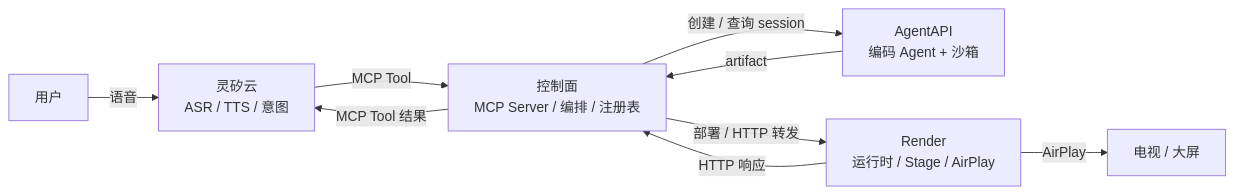
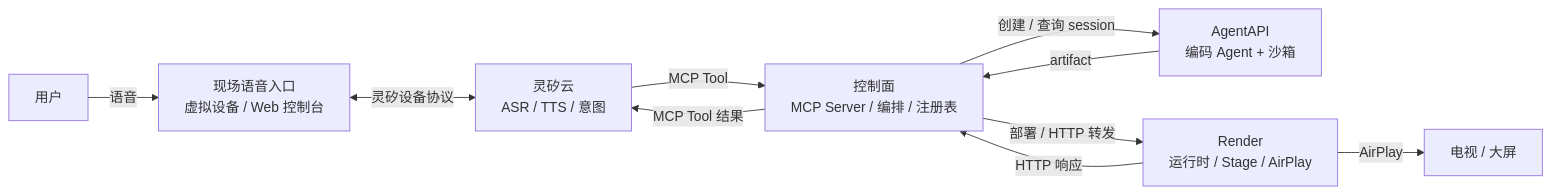
Before and after one commit to open-anywhere/open-anywhere: the first of 3 diagrams in docs/architecture.md, drawn with Mermaid. The commit also changed other lines of this file, not shown here.

First line of the commit message:
docs: add the on-site voice entry to the architecture

````diff
--- a/docs/architecture.md
+++ b/docs/architecture.md
@@ -64,11 +68,12 @@
 ```mermaid
 flowchart LR
-  U["用户"] -->|语音| L["灵矽云<br/>ASR / TTS / 意图"]
+  U["用户"] -->|语音| V["现场语音入口<br/>虚拟设备 / Web 控制台"]
+  V <-->|灵矽设备协议| L["灵矽云<br/>ASR / TTS / 意图"]
   L -->|MCP Tool| C["控制面<br/>MCP Server / 编排 / 注册表"]
   C -->|创建 / 查询 session| A["AgentAPI<br/>编码 Agent + 沙箱"]
   A -->|artifact| C
   C -->|部署 / HTTP 转发| R["Render<br/>运行时 / Stage / AirPlay"]
   R -->|HTTP 响应| C
   C -->|MCP Tool 结果| L
   R -->|AirPlay| T["电视 / 大屏"]
 ```
````
